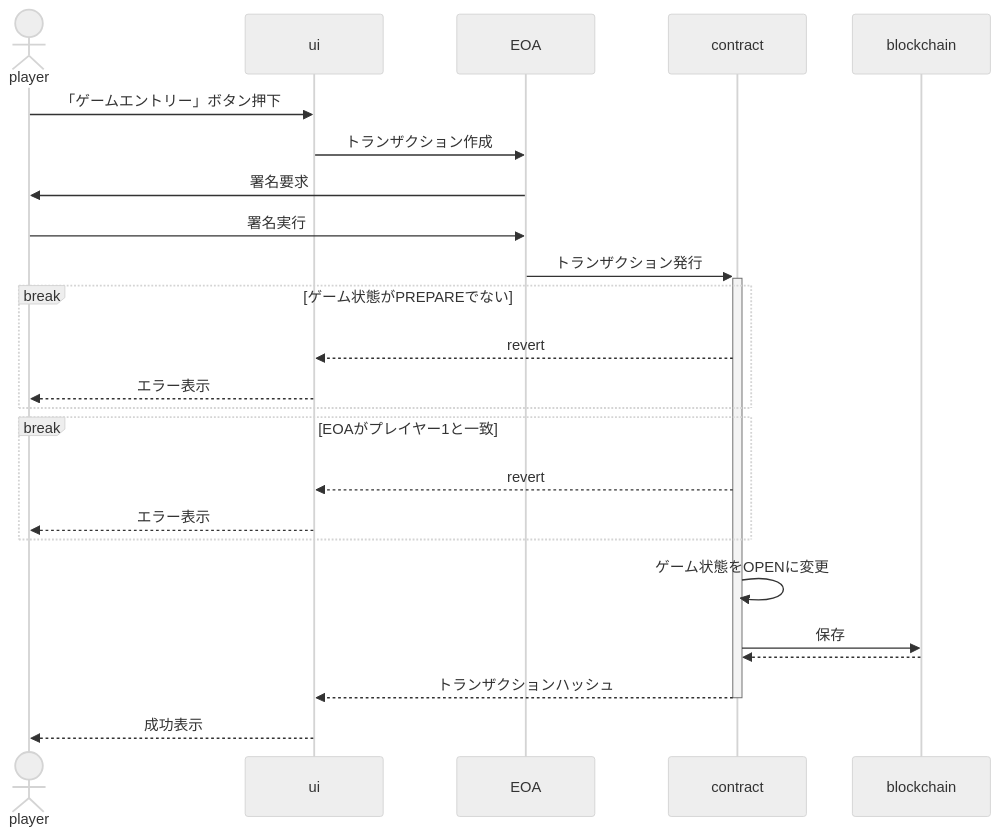
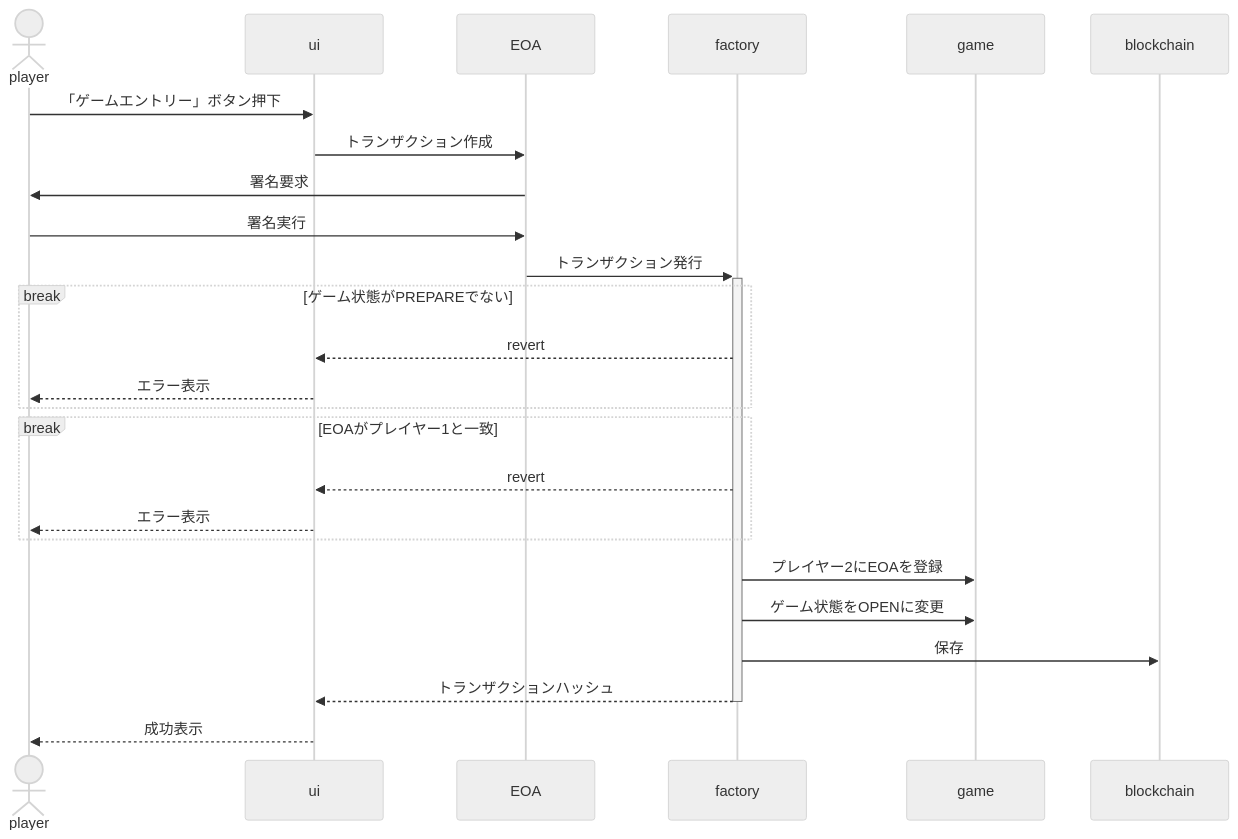
The second of 3 diagrams in doc/sequence.md (0xHaku/preprod-gomoku), drawn with Mermaid (neutral theme) before and after one commit. The commit also changed other lines of this file and 1 other file, not shown here.

````diff
--- a/doc/sequence.md
+++ b/doc/sequence.md
@@ -25,27 +24,28 @@
 ```mermaid
 sequenceDiagram
     actor player
     participant ui
     participant EOA
-    participant contract
+    participant factory
+    participant game
     participant blockchain
 
     player->>ui: 「ゲームエントリー」ボタン押下
     ui->>EOA: トランザクション作成
     EOA->>player: 署名要求
     player->>EOA: 署名実行
-    EOA->>+contract: トランザクション発行
+    EOA->>+factory: トランザクション発行
     break ゲーム状態がPREPAREでない
-        contract-->>ui: revert
+        factory-->>ui: revert
         ui-->>player: エラー表示
     end
     break EOAがプレイヤー1と一致
-        contract-->>ui: revert
+        factory-->>ui: revert
         ui-->>player: エラー表示
     end
-    contract->>contract: ゲーム状態をOPENに変更
-    contract->>blockchain: 保存
-    blockchain-->>contract: 
-    contract-->>-ui: トランザクションハッシュ
+    factory->>game: プレイヤー2にEOAを登録
+    factory->>game: ゲーム状態をOPENに変更
+    factory->>blockchain: 保存
+    factory-->>-ui: トランザクションハッシュ
     ui-->>player: 成功表示
 ```
````
